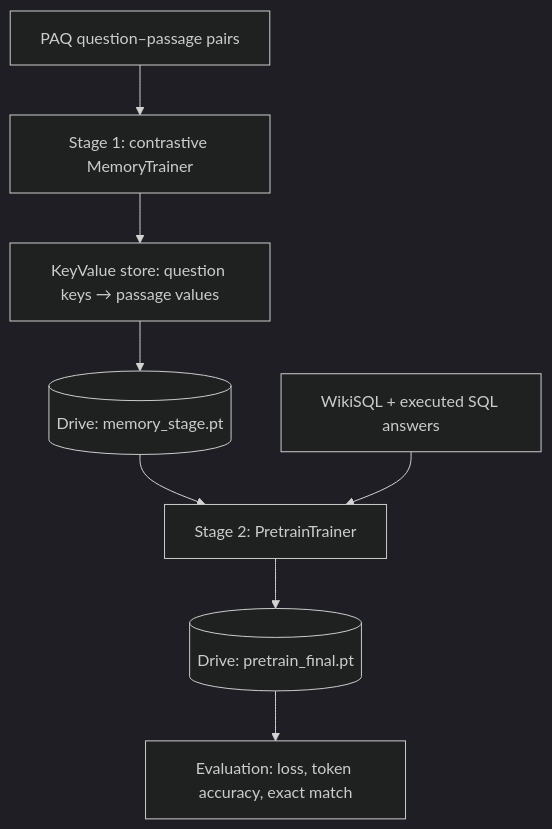
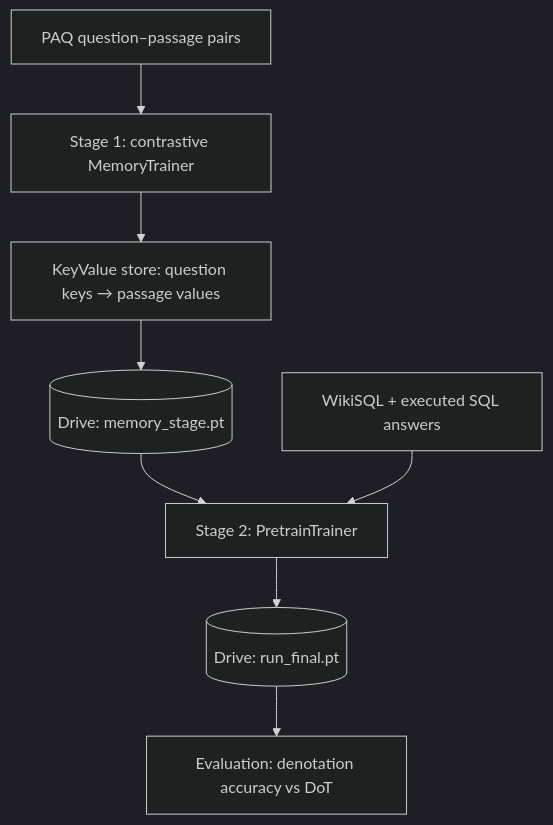
Before and after one commit to mohamedzait20003/TableMind: the diagram in README.md, drawn with Mermaid (dark theme). The commit also changed other lines of this file and 13 other files, not shown here.

First line of the commit message:
Align with the DoT paper setup and add denotation accuracy

````diff
--- a/README.md
+++ b/README.md
@@ -108,10 +113,10 @@
 ```mermaid
 graph TD
     A[PAQ question–passage pairs] --> B[Stage 1: contrastive MemoryTrainer]
     B --> C[KeyValue store: question keys → passage values]
     C --> D[(Drive: memory_stage.pt)]
     D --> E[Stage 2: PretrainTrainer]
     F[WikiSQL + executed SQL answers] --> E
-    E --> G[(Drive: pretrain_final.pt)]
-    G --> H[Evaluation: loss, token accuracy, exact match]
+    E --> G[(Drive: run_final.pt)]
+    G --> H[Evaluation: denotation accuracy vs DoT]
 ```
````
